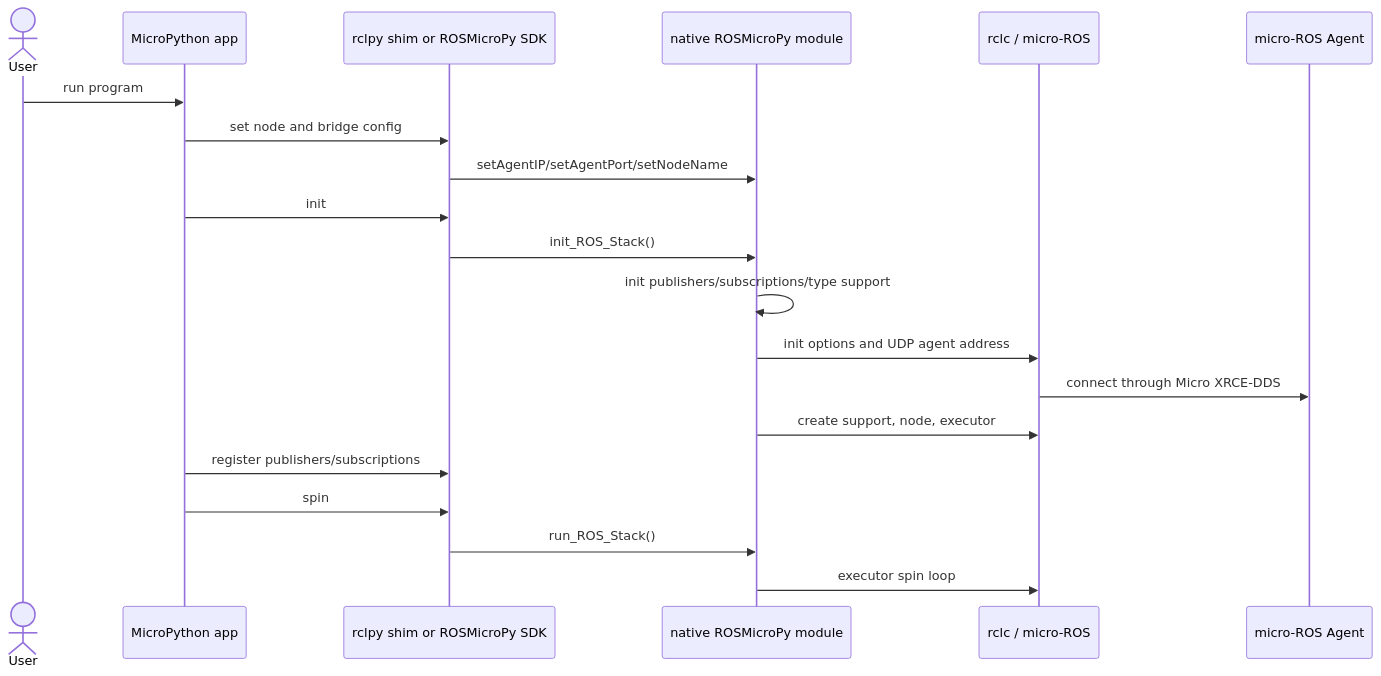
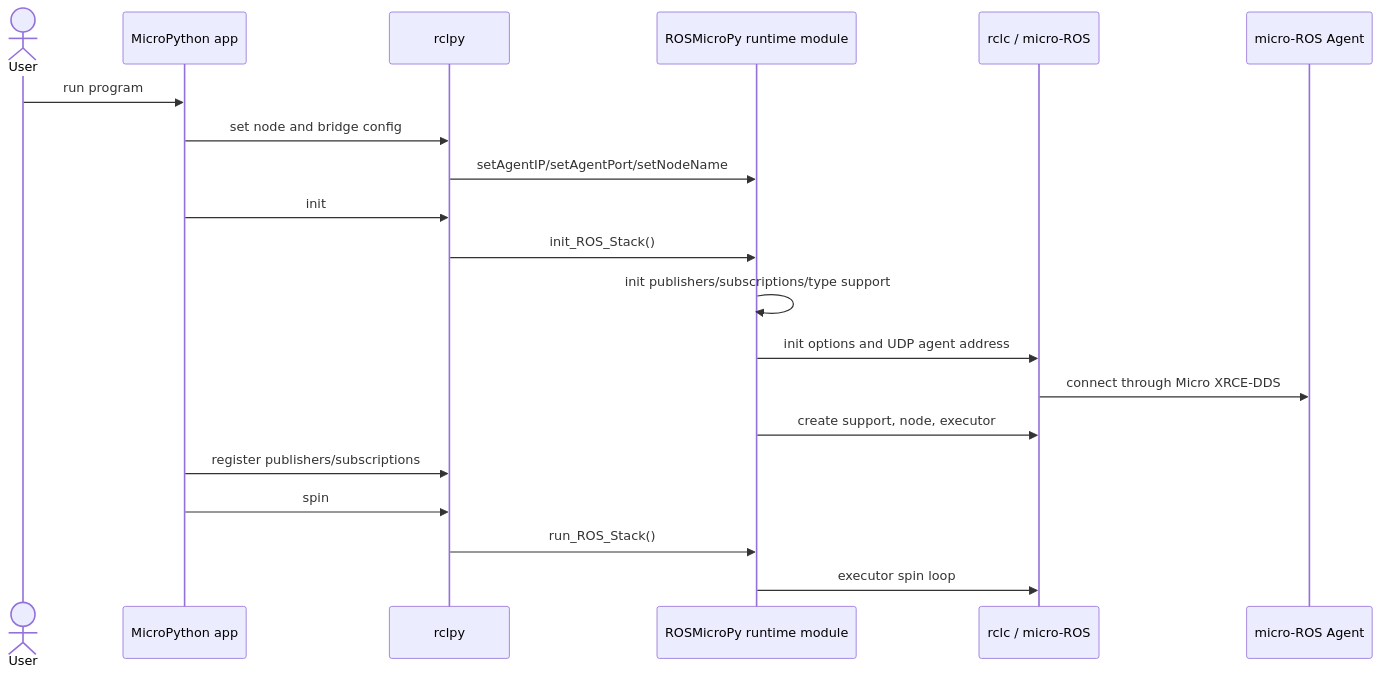
The diagram in docs/configuration-and-startup.md (ROSMicroPy/ROSMicroPy), drawn with Mermaid before and after one commit. The commit also changed other lines of this file and 7 other files, not shown here.

````diff
--- a/docs/configuration-and-startup.md
+++ b/docs/configuration-and-startup.md
@@ -48,23 +48,23 @@
 ```mermaid
 sequenceDiagram
     actor User
     participant App as MicroPython app
-    participant Py as rclpy shim or ROSMicroPy SDK
-    participant Native as native ROSMicroPy module
+    participant Py as rclpy
+    participant Runtime as ROSMicroPy runtime module
     participant RCLC as rclc / micro-ROS
     participant Agent as micro-ROS Agent
 
     User->>App: run program
     App->>Py: set node and bridge config
-    Py->>Native: setAgentIP/setAgentPort/setNodeName
+    Py->>Runtime: setAgentIP/setAgentPort/setNodeName
     App->>Py: init
-    Py->>Native: init_ROS_Stack()
-    Native->>Native: init publishers/subscriptions/type support
-    Native->>RCLC: init options and UDP agent address
+    Py->>Runtime: init_ROS_Stack()
+    Runtime->>Runtime: init publishers/subscriptions/type support
+    Runtime->>RCLC: init options and UDP agent address
     RCLC->>Agent: connect through Micro XRCE-DDS
-    Native->>RCLC: create support, node, executor
+    Runtime->>RCLC: create support, node, executor
     App->>Py: register publishers/subscriptions
     App->>Py: spin
-    Py->>Native: run_ROS_Stack()
-    Native->>RCLC: executor spin loop
+    Py->>Runtime: run_ROS_Stack()
+    Runtime->>RCLC: executor spin loop
 ```
````
